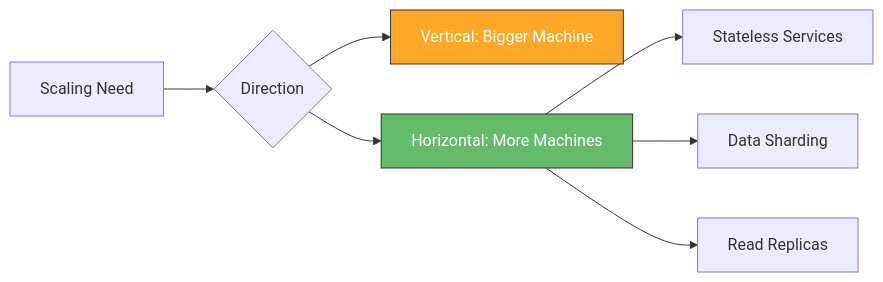
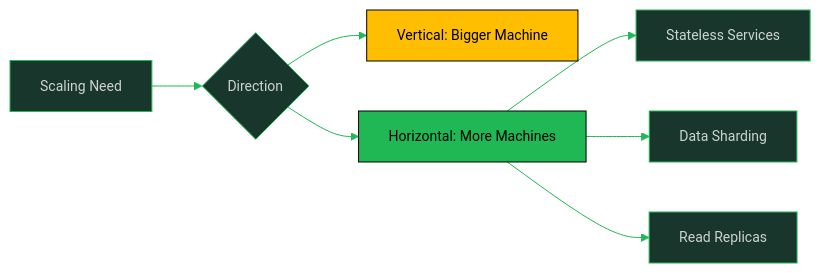
Before and after one commit to oat431/swe-knowledge: the fourth of 10 diagrams in software-engineering-note/03_Software_Design/10_Design_Thinking_and_Context.md, drawn with Mermaid. The commit also changed other lines of this file and 116 other files, not shown here.

````diff
--- a/software-engineering-note/03_Software_Design/10_Design_Thinking_and_Context.md
+++ b/software-engineering-note/03_Software_Design/10_Design_Thinking_and_Context.md
@@ -228,11 +231,12 @@
 ```mermaid
+%%{init: {'theme':'base','themeVariables':{'primaryColor':'#19362D','primaryTextColor':'#CDD3D1','primaryBorderColor':'#1FB854','lineColor':'#1FB854','secondaryColor':'#161212','tertiaryColor':'#1B1717','background':'#1B1717','mainBkg':'#19362D','nodeBorder':'#1FB854','clusterBkg':'#161212','clusterBorder':'#19362D','titleColor':'#1FB854','edgeLabelBackground':'#161212','fontSize':'14px'}}}%%
 graph LR
     A[Scaling Need] --> B{Direction}
     B --> C[Vertical: Bigger Machine]
     B --> D[Horizontal: More Machines]
     D --> E[Stateless Services]
     D --> F[Data Sharding]
     D --> G[Read Replicas]
-    style C fill:#ffa726,stroke:#333,color:#fff
-    style D fill:#66bb6a,stroke:#333,color:#fff
+    style C fill:#FFBE00,stroke:#000000,color:#000000
+    style D fill:#1FB854,stroke:#000000,color:#000000
 ```
````
